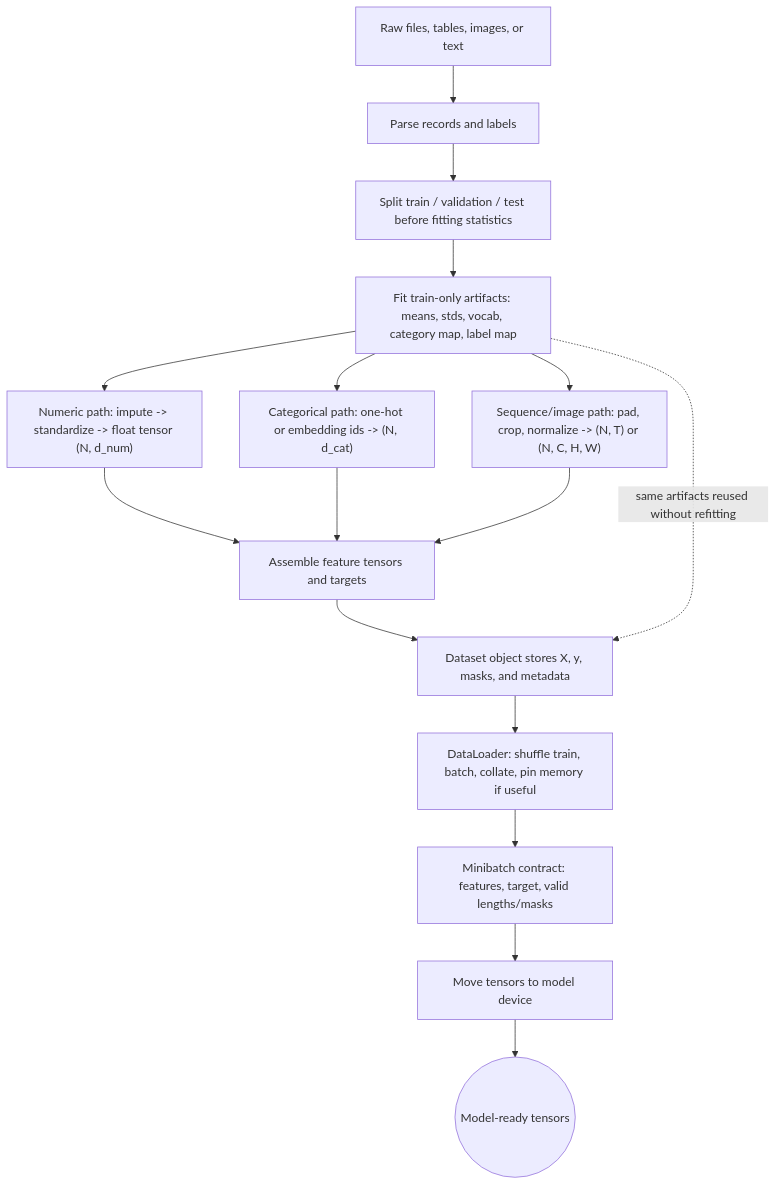
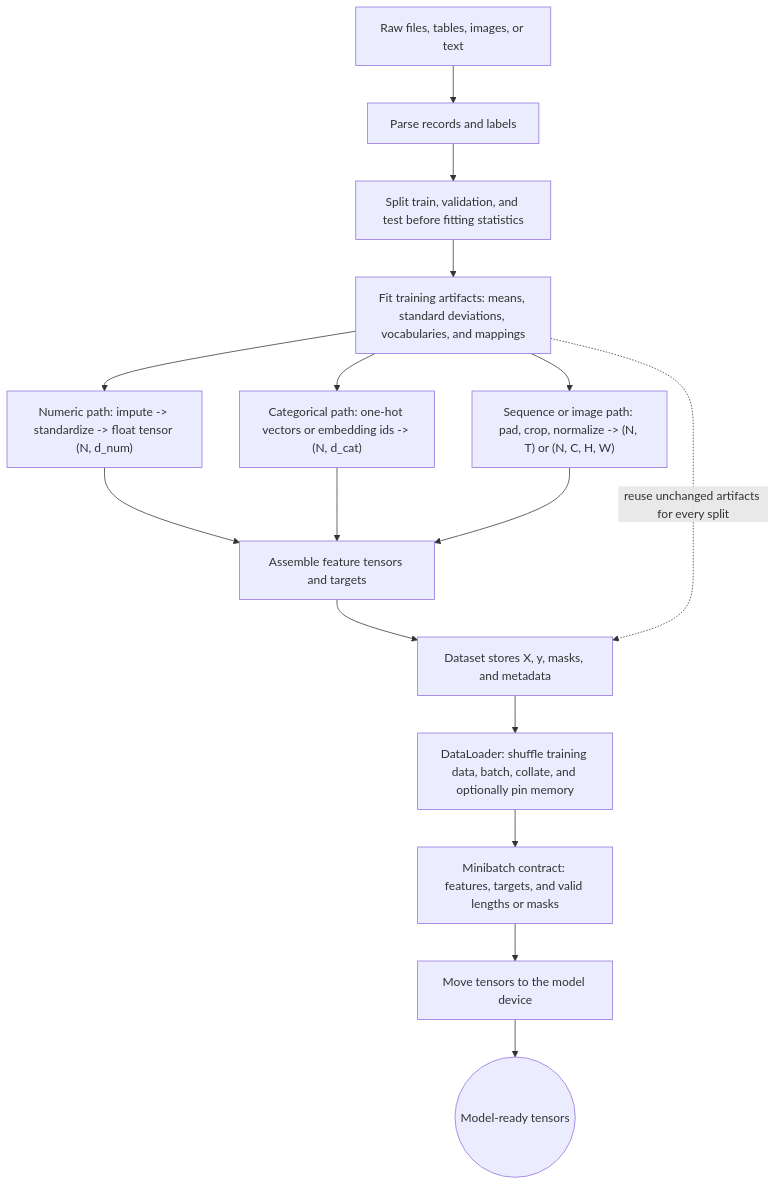
Before and after one commit to justinbrianhwang/SJ-wiki: the diagram in docs/cs/deep-learning/tensors-data-preprocessing.md, drawn with Mermaid. The commit also changed other lines of this file and 955 other files, not shown here.

````diff
--- a/docs/cs/deep-learning/tensors-data-preprocessing.md
+++ b/docs/cs/deep-learning/tensors-data-preprocessing.md
@@ -65,18 +103,18 @@
 ```mermaid
 flowchart TB
   Raw["Raw files, tables, images, or text"] --> Parse["Parse records and labels"]
-  Parse --> Split["Split train / validation / test before fitting statistics"]
-  Split --> TrainStats["Fit train-only artifacts: means, stds, vocab, category map, label map"]
+  Parse --> Split["Split train, validation, and test before fitting statistics"]
+  Split --> TrainStats["Fit training artifacts: means, standard deviations, vocabularies, and mappings"]
   TrainStats --> Num["Numeric path: impute -> standardize -> float tensor (N, d_num)"]
-  TrainStats --> Cat["Categorical path: one-hot or embedding ids -> (N, d_cat)"]
-  TrainStats --> Seq["Sequence/image path: pad, crop, normalize -> (N, T) or (N, C, H, W)"]
+  TrainStats --> Cat["Categorical path: one-hot vectors or embedding ids -> (N, d_cat)"]
+  TrainStats --> Seq["Sequence or image path: pad, crop, normalize -> (N, T) or (N, C, H, W)"]
   Num --> Join["Assemble feature tensors and targets"]
   Cat --> Join
   Seq --> Join
-  Join --> Dataset["Dataset object stores X, y, masks, and metadata"]
-  Dataset --> Loader["DataLoader: shuffle train, batch, collate, pin memory if useful"]
-  Loader --> Batch["Minibatch contract: features, target, valid lengths/masks"]
-  Batch --> Device["Move tensors to model device"]
+  Join --> Dataset["Dataset stores X, y, masks, and metadata"]
+  Dataset --> Loader["DataLoader: shuffle training data, batch, collate, and optionally pin memory"]
+  Loader --> Batch["Minibatch contract: features, targets, and valid lengths or masks"]
+  Batch --> Device["Move tensors to the model device"]
   Device --> Model(("Model-ready tensors"))
-  TrainStats -. "same artifacts reused without refitting" .-> Dataset
+  TrainStats -. "reuse unchanged artifacts for every split" .-> Dataset
 ```
````
